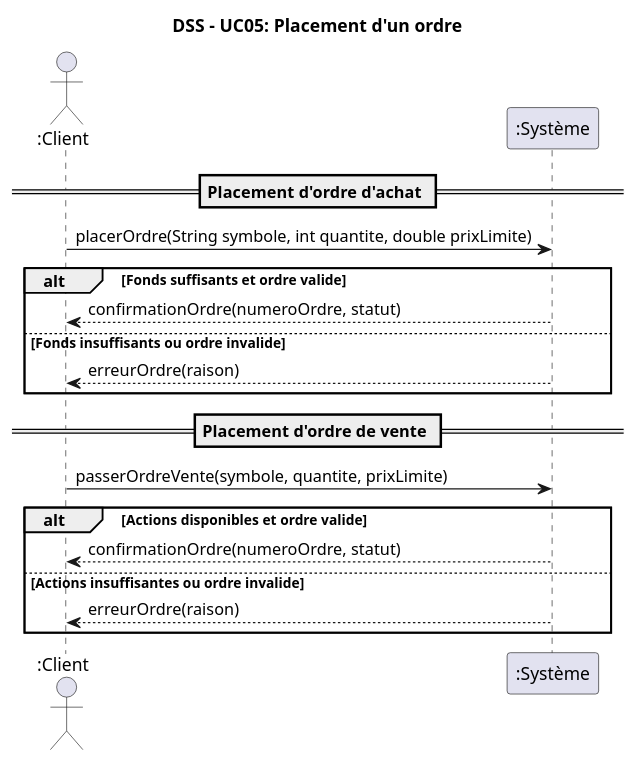
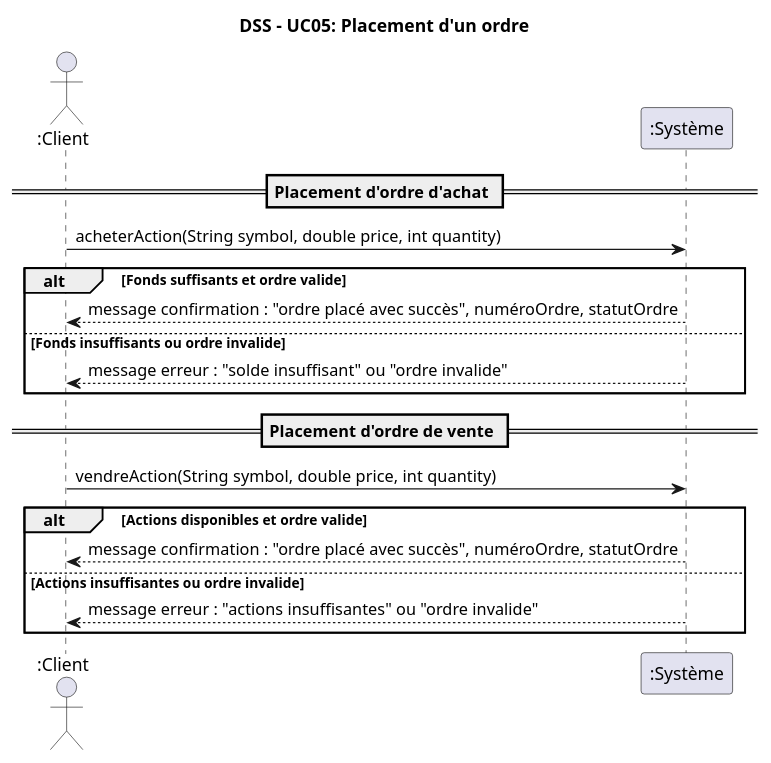
The diagram in docs/views/dss_uc05_ordre.puml (primika27/BrokerX-phase2-micorservices-), drawn with PlantUML before and after one commit. The commit also changed 3 other files, not shown here.

Commit message:
modif diagramme uc05

```diff
--- a/docs/views/dss_uc05_ordre.puml
+++ b/docs/views/dss_uc05_ordre.puml
@@ -1,23 +1,23 @@
 @startuml dss_uc05
 title DSS - UC05: Placement d'un ordre
 
 actor ":Client" as Client
 participant ":Système" as System
 
 == Placement d'ordre d'achat ==
-Client -> System : placerOrdre(String symbole, int quantite, double prixLimite)
+Client -> System : acheterAction(String symbol,  double price, int quantity)
 alt Fonds suffisants et ordre valide
-    System --> Client : confirmationOrdre(numeroOrdre, statut)
+    System --> Client : message confirmation : "ordre placé avec succès", numéroOrdre, statutOrdre
 else Fonds insuffisants ou ordre invalide
-    System --> Client : erreurOrdre(raison)
+    System --> Client : message erreur : "solde insuffisant" ou "ordre invalide"
 end
 
 == Placement d'ordre de vente ==
-Client -> System : passerOrdreVente(symbole, quantite, prixLimite)
+Client -> System : vendreAction(String symbol,  double price, int quantity)
 alt Actions disponibles et ordre valide
-    System --> Client : confirmationOrdre(numeroOrdre, statut)
+    System --> Client : message confirmation : "ordre placé avec succès", numéroOrdre, statutOrdre
 else Actions insuffisantes ou ordre invalide
-    System --> Client : erreurOrdre(raison)
+    System --> Client : message erreur : "actions insuffisantes" ou "ordre invalide"
 end
 
 @enduml
```
